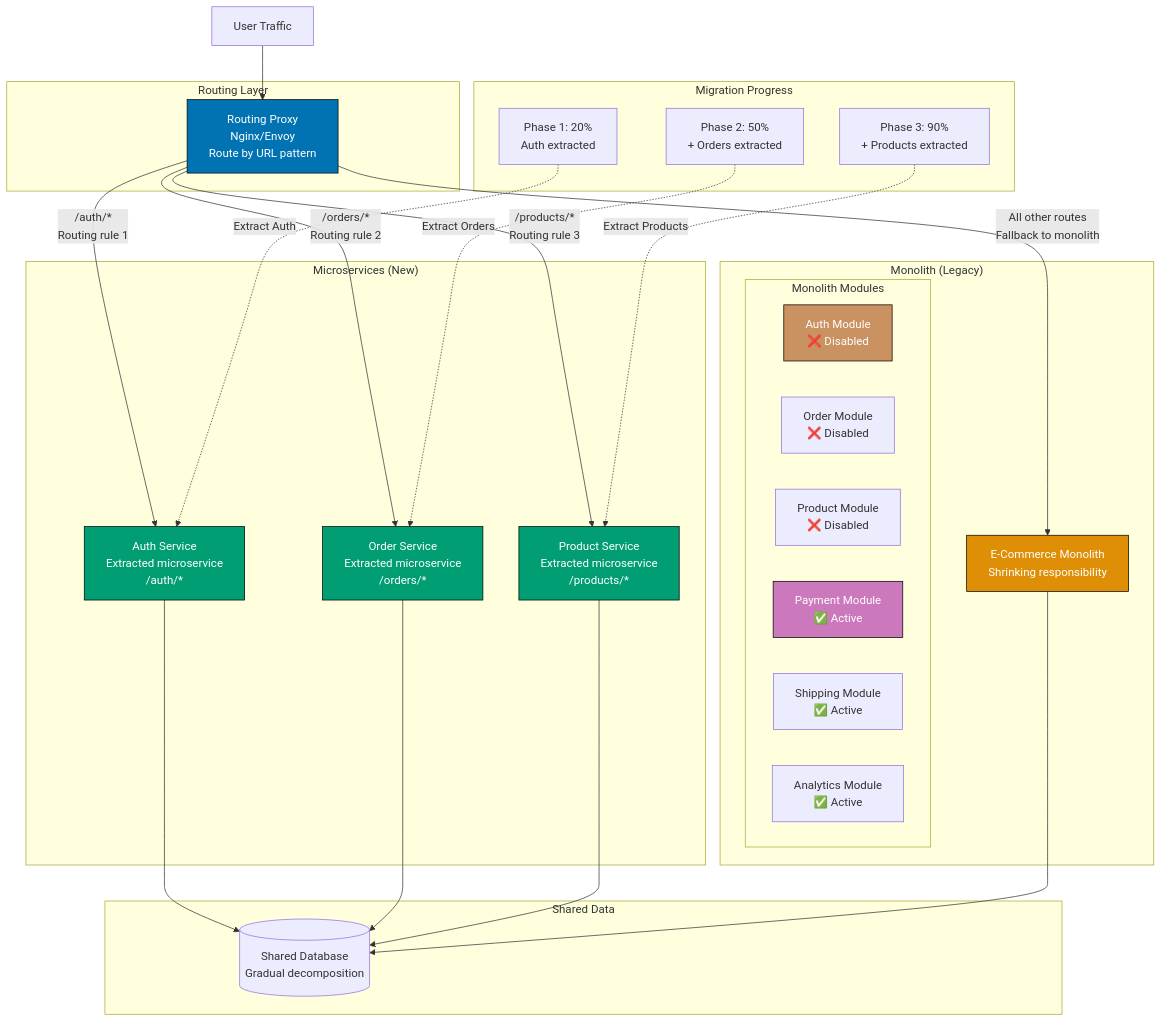
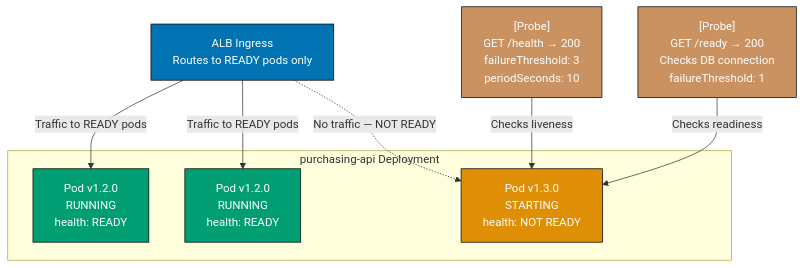
Diagram 19 of 25 in apps/ayokoding-web/content/en/learn/software-engineering/architecture/c4-architecture-model/by-example/advanced.md (wahidyankf/open-sharia-enterprise), drawn with Mermaid before and after one commit. The commit also changed other lines of this file and 38 other files, not shown here.

First line of the commit message:
docs(ayokoding-web): unify architecture tutorials on shared P2P domain

````diff
--- a/apps/ayokoding-web/content/en/learn/software-engineering/architecture/c4-architecture-model/by-example/advanced.md
+++ b/apps/ayokoding-web/content/en/learn/software-engineering/architecture/c4-architecture-model/by-example/advanced.md
@@ -1119,59 +888,25 @@
 ```mermaid
 graph TD
-    subgraph "Migration Progress"
-        Phase1["Phase 1: 20%<br/>Auth extracted"]
-        Phase2["Phase 2: 50%<br/>+ Orders extracted"]
-        Phase3["Phase 3: 90%<br/>+ Products extracted"]
+    subgraph PurchDeployment["purchasing-api Deployment"]
+        Pod1["Pod v1.2.0<br/>RUNNING<br/>health: READY"]
+        Pod2["Pod v1.2.0<br/>RUNNING<br/>health: READY"]
+        Pod3["Pod v1.3.0<br/>STARTING<br/>health: NOT READY"]
     end
 
-    subgraph "Routing Layer"
-        Proxy["Routing Proxy<br/>Nginx/Envoy<br/>Route by URL pattern"]
-    end
+    ALB["ALB Ingress<br/>Routes to READY pods only"]
+    LivenessProbe["[Probe]<br/>GET /health → 200<br/>failureThreshold: 3<br/>periodSeconds: 10"]
+    ReadinessProbe["[Probe]<br/>GET /ready → 200<br/>Checks DB connection<br/>failureThreshold: 1"]
 
-    subgraph "Microservices (New)"
-        AuthService["Auth Service<br/>Extracted microservice<br/>/auth/*"]
-        OrderService["Order Service<br/>Extracted microservice<br/>/orders/*"]
-        ProductService["Product Service<br/>Extracted microservice<br/>/products/*"]
-    end
+    ALB -->|"Traffic to READY pods"| Pod1
+    ALB -->|"Traffic to READY pods"| Pod2
+    ALB -.->|"No traffic — NOT READY"| Pod3
+    LivenessProbe -->|"Checks liveness"| Pod3
+    ReadinessProbe -->|"Checks readiness"| Pod3
 
-    subgraph "Monolith (Legacy)"
-        MonolithApp["E-Commerce Monolith<br/>Shrinking responsibility"]
-
-        subgraph "Monolith Modules"
-            AuthModule["Auth Module<br/>❌ Disabled"]
-            OrderModule["Order Module<br/>❌ Disabled"]
-            ProductModule["Product Module<br/>❌ Disabled"]
-            PaymentModule["Payment Module<br/>✅ Active"]
-            ShippingModule["Shipping Module<br/>✅ Active"]
-            AnalyticsModule["Analytics Module<br/>✅ Active"]
-        end
-    end
-
-    subgraph "Shared Data"
-        SharedDB[(Shared Database<br/>Gradual decomposition)]
-    end
-
-    User["User Traffic"] --> Proxy
-
-    Proxy -->|"/auth/*<br/>Routing rule 1"| AuthService
-    Proxy -->|"/orders/*<br/>Routing rule 2"| OrderService
-    Proxy -->|"/products/*<br/>Routing rule 3"| ProductService
-    Proxy -->|"All other routes<br/>Fallback to monolith"| MonolithApp
-
-    AuthService --> SharedDB
-    OrderService --> SharedDB
-    ProductService --> SharedDB
-    MonolithApp --> SharedDB
-
-    Phase1 -.->|"Extract Auth"| AuthService
-    Phase2 -.->|"Extract Orders"| OrderService
-    Phase3 -.->|"Extract Products"| ProductService
-
-    style Proxy fill:#0173B2,stroke:#000,color:#fff
-    style AuthService fill:#029E73,stroke:#000,color:#fff
-    style OrderService fill:#029E73,stroke:#000,color:#fff
-    style ProductService fill:#029E73,stroke:#000,color:#fff
-    style MonolithApp fill:#DE8F05,stroke:#000,color:#fff
-    style AuthModule fill:#CA9161,stroke:#000,color:#fff
-    style PaymentModule fill:#CC78BC,stroke:#000,color:#fff
+    style Pod1 fill:#029E73,stroke:#000,color:#fff
+    style Pod2 fill:#029E73,stroke:#000,color:#fff
+    style Pod3 fill:#DE8F05,stroke:#000,color:#fff
+    style ALB fill:#0173B2,stroke:#000,color:#fff
+    style LivenessProbe fill:#CA9161,stroke:#000,color:#fff
+    style ReadinessProbe fill:#CA9161,stroke:#000,color:#fff
 ```
````
